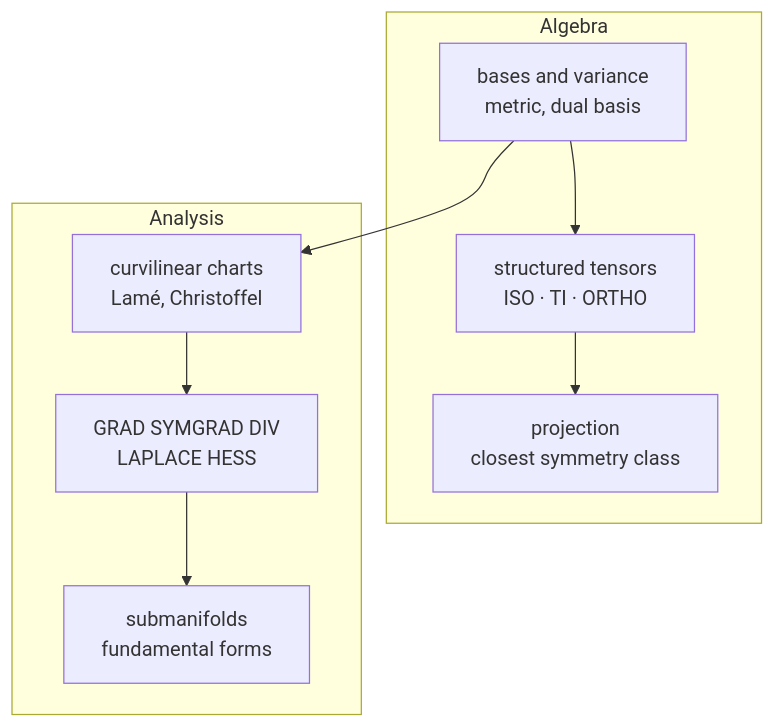
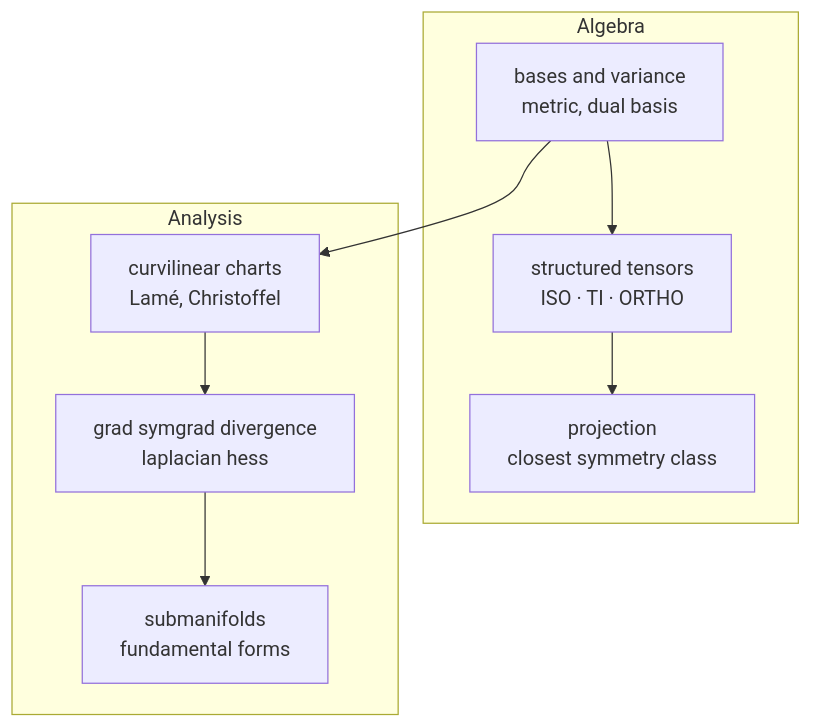
Before and after one commit to MicroPoroChemoMechanics/TensND.jl: the first of 2 diagrams in docs/src/theory/index.md, drawn with Mermaid. The commit also changed 103 other files, not shown here.

````diff
--- a/docs/src/theory/index.md
+++ b/docs/src/theory/index.md
@@ -5,17 +5,17 @@
 ```mermaid
 %%{init: {"flowchart": {"useMaxWidth": false}}}%%
 flowchart TB
     subgraph ALG["Algebra"]
         B["bases and variance<br/>metric, dual basis"]
         S["structured tensors<br/>ISO · TI · ORTHO"]
         P["projection<br/>closest symmetry class"]
         B --> S --> P
     end
     subgraph ANA["Analysis"]
         C["curvilinear charts<br/>Lamé, Christoffel"]
-        O["GRAD SYMGRAD DIV<br/>LAPLACE HESS"]
+        O["grad symgrad divergence<br/>laplacian hess"]
         M["submanifolds<br/>fundamental forms"]
         C --> O --> M
     end
     B --> C
 ```
````
